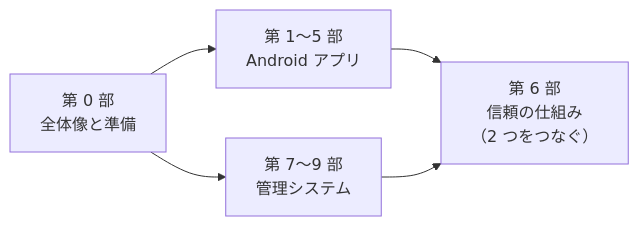
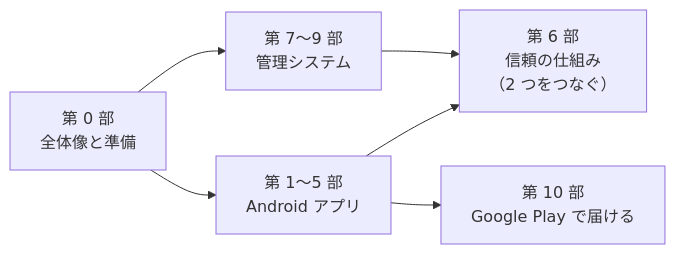
The diagram in README.md (duwenji/yorisoi-tutorial), drawn with Mermaid before and after one commit. The commit also changed other lines of this file and 15 other files, not shown here.

First line of the commit message:
docs: add part 10 on Google Play

````diff
--- a/README.md
+++ b/README.md
@@ -15,7 +15,8 @@
 ```mermaid
 flowchart LR
     P0["第 0 部<br/>全体像と準備"] --> P1["第 1〜5 部<br/>Android アプリ"]
     P0 --> P7["第 7〜9 部<br/>管理システム"]
     P1 --> P6["第 6 部<br/>信頼の仕組み<br/>（2 つをつなぐ）"]
     P7 --> P6
+    P1 --> P10["第 10 部<br/>Google Play で届ける"]
 ```
````
